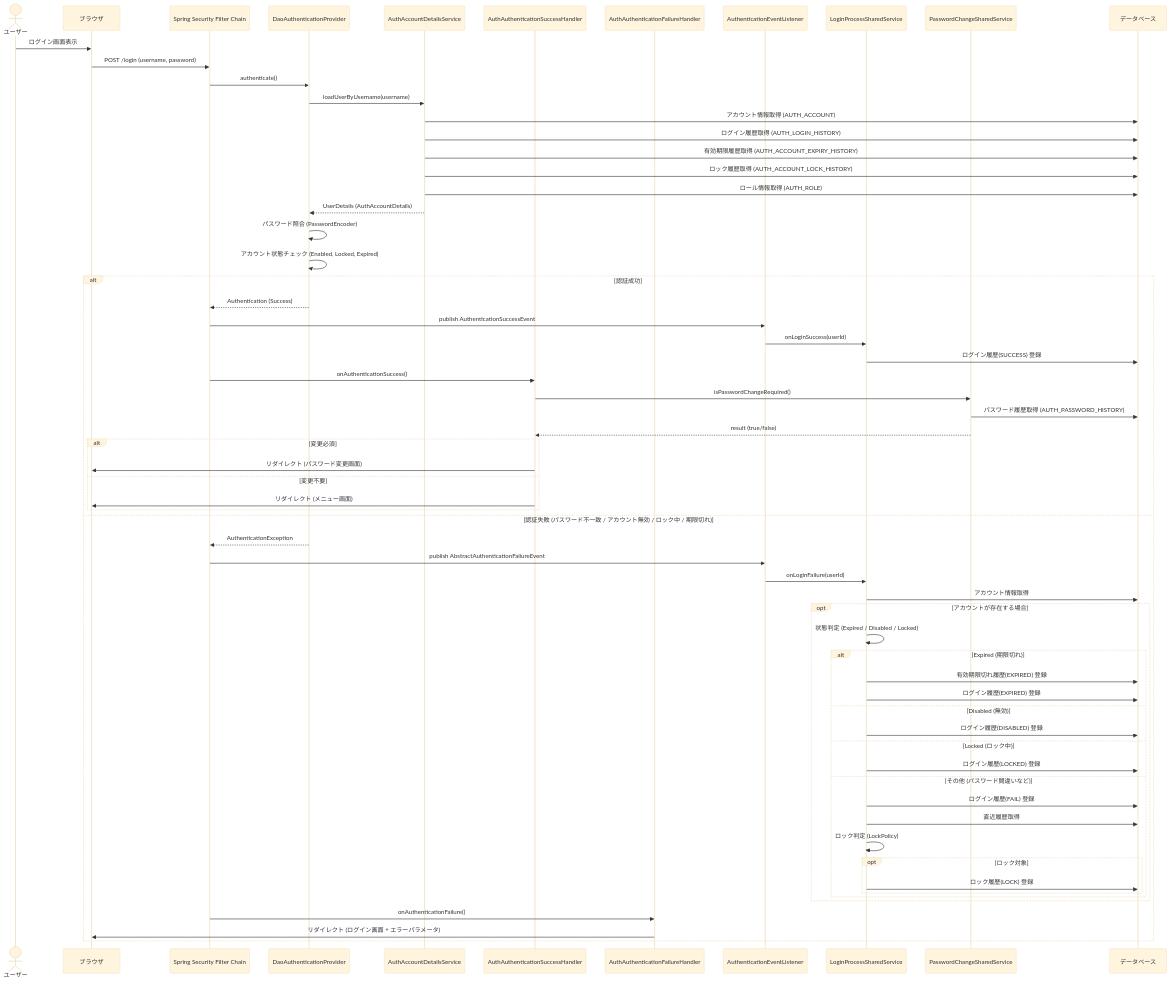
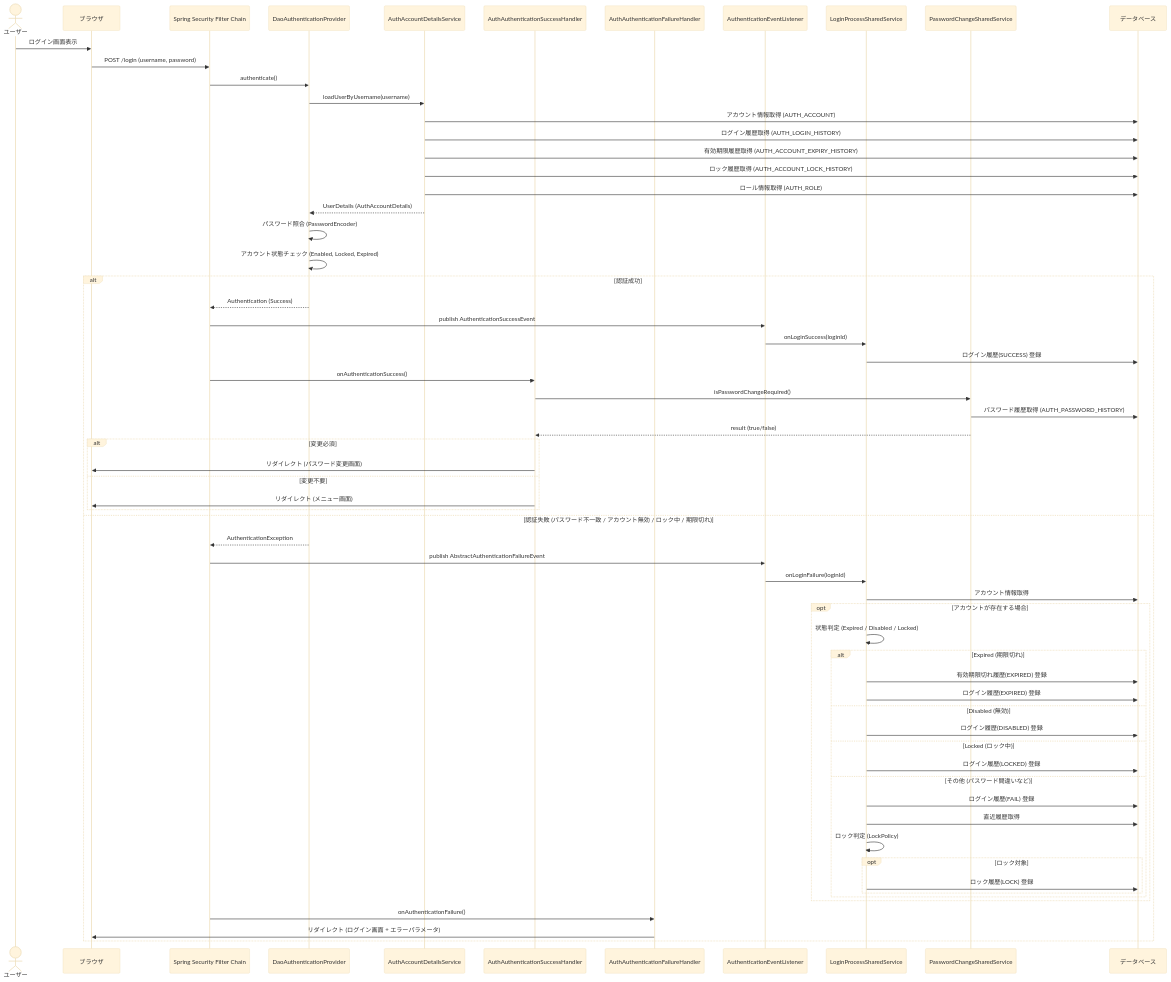
Before and after one commit to myou0801/web-site-architecture: the fourth of 4 diagrams in sample-ec-site/ec-site/doc/AP基盤/オンライン設計/ログイン認証.md, drawn with Mermaid (base theme). The commit also changed other lines of this file and 56 other files, not shown here.

````diff
--- a/sample-ec-site/ec-site/doc/AP基盤/オンライン設計/ログイン認証.md
+++ b/sample-ec-site/ec-site/doc/AP基盤/オンライン設計/ログイン認証.md
@@ -83,78 +126,78 @@
 ```mermaid
 sequenceDiagram
     actor User as ユーザー
     participant Browser as ブラウザ
     participant Filter as Spring Security Filter Chain
     participant Provider as DaoAuthenticationProvider
     participant UserDetailsService as AuthAccountDetailsService
     participant SuccessHandler as AuthAuthenticationSuccessHandler
     participant FailureHandler as AuthAuthenticationFailureHandler
     participant EventListener as AuthenticationEventListener
     participant SharedService as LoginProcessSharedService
     participant PwdService as PasswordChangeSharedService
     participant DB as データベース
 
     User->>Browser: ログイン画面表示
     Browser->>Filter: POST /login (username, password)
     
     Filter->>Provider: authenticate()
     
     Provider->>UserDetailsService: loadUserByUsername(username)
     UserDetailsService->>DB: アカウント情報取得 (AUTH_ACCOUNT)
     UserDetailsService->>DB: ログイン履歴取得 (AUTH_LOGIN_HISTORY)
     UserDetailsService->>DB: 有効期限履歴取得 (AUTH_ACCOUNT_EXPIRY_HISTORY)
     UserDetailsService->>DB: ロック履歴取得 (AUTH_ACCOUNT_LOCK_HISTORY)
     UserDetailsService->>DB: ロール情報取得 (AUTH_ROLE)
     UserDetailsService-->>Provider: UserDetails (AuthAccountDetails)
     
     Provider->>Provider: パスワード照合 (PasswordEncoder)
     Provider->>Provider: アカウント状態チェック (Enabled, Locked, Expired)
 
     alt 認証成功
         Provider-->>Filter: Authentication (Success)
         Filter->>EventListener: publish AuthenticationSuccessEvent
-        EventListener->>SharedService: onLoginSuccess(userId)
+        EventListener->>SharedService: onLoginSuccess(loginId)
         SharedService->>DB: ログイン履歴(SUCCESS) 登録
         
         Filter->>SuccessHandler: onAuthenticationSuccess()
         SuccessHandler->>PwdService: isPasswordChangeRequired()
         PwdService->>DB: パスワード履歴取得 (AUTH_PASSWORD_HISTORY)
         PwdService-->>SuccessHandler: result (true/false)
         
         alt 変更必須
              SuccessHandler->>Browser: リダイレクト (パスワード変更画面)
         else 変更不要
              SuccessHandler->>Browser: リダイレクト (メニュー画面)
         end
 
     else 認証失敗 (パスワード不一致 / アカウント無効 / ロック中 / 期限切れ)
         Provider-->>Filter: AuthenticationException
         Filter->>EventListener: publish AbstractAuthenticationFailureEvent
-        EventListener->>SharedService: onLoginFailure(userId)
+        EventListener->>SharedService: onLoginFailure(loginId)
         
         SharedService->>DB: アカウント情報取得
         
         opt アカウントが存在する場合
             SharedService->>SharedService: 状態判定 (Expired / Disabled / Locked)
             
             alt Expired (期限切れ)
                 SharedService->>DB: 有効期限切れ履歴(EXPIRED) 登録
                 SharedService->>DB: ログイン履歴(EXPIRED) 登録
             else Disabled (無効)
                 SharedService->>DB: ログイン履歴(DISABLED) 登録
             else Locked (ロック中)
                 SharedService->>DB: ログイン履歴(LOCKED) 登録
             else その他 (パスワード間違いなど)
                 SharedService->>DB: ログイン履歴(FAIL) 登録
                 SharedService->>DB: 直近履歴取得
                 SharedService->>SharedService: ロック判定 (LockPolicy)
                 opt ロック対象
                     SharedService->>DB: ロック履歴(LOCK) 登録
                 end
             end
         end
 
         Filter->>FailureHandler: onAuthenticationFailure()
         FailureHandler->>Browser: リダイレクト (ログイン画面 + エラーパラメータ)
     end
 ```
````
